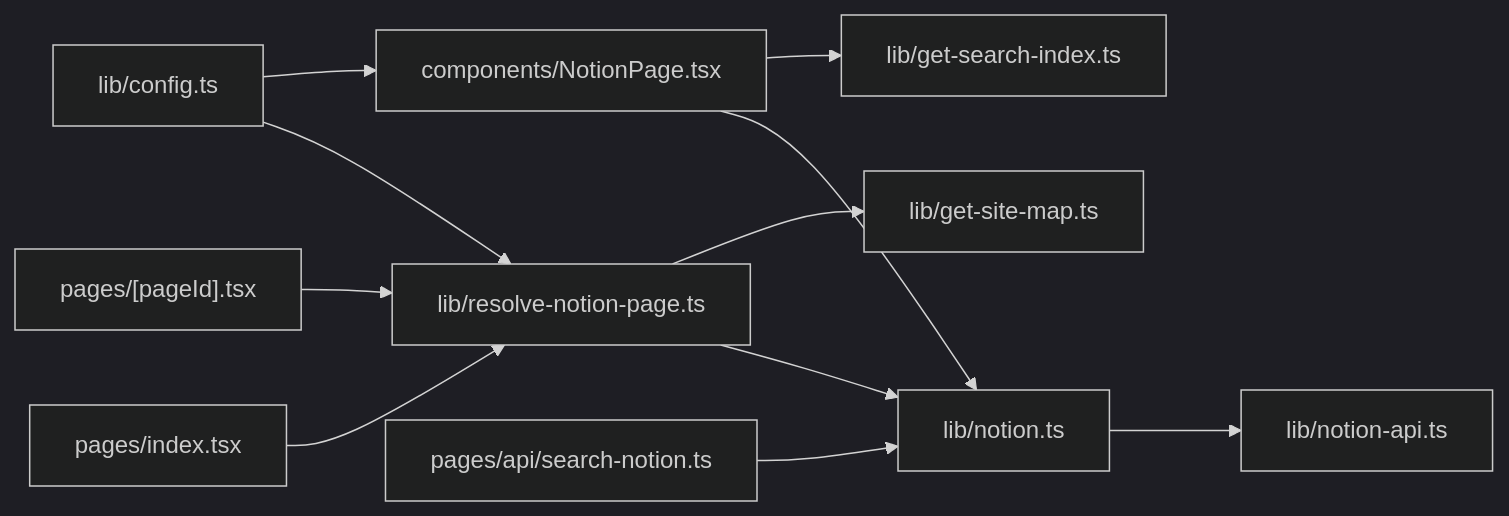
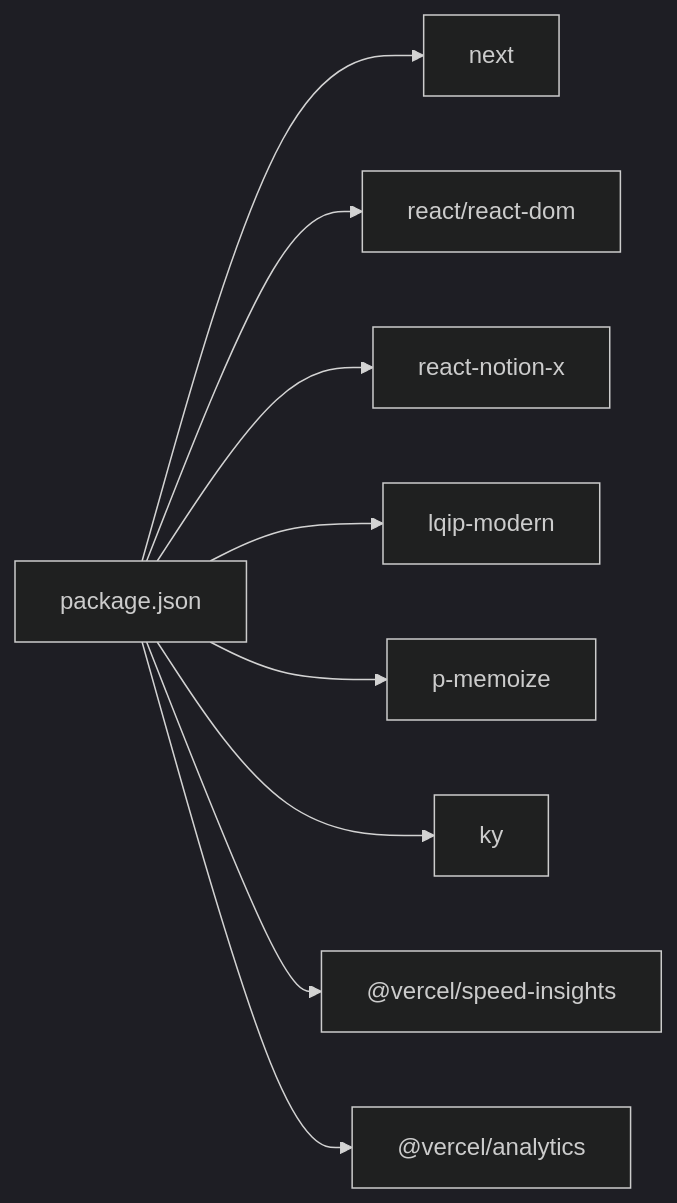
One commit to PhysicalMouse/nextjs-notion-starter-kit changed the ninth of 9 diagrams in .qoder/repowiki/zh/content/性能优化/性能优化.md. Above: the diagram before and after it, drawn with Mermaid (dark theme). The commit also changed other lines of this file and 186 other files, not shown here.

````diff
--- a/.qoder/repowiki/zh/content/性能优化/性能优化.md
+++ b/.qoder/repowiki/zh/content/性能优化/性能优化.md
@@ -322,13 +300,11 @@
 ```mermaid
 graph LR
-Index["pages/index.tsx"] --> Resolve["lib/resolve-notion-page.ts"]
-PageId["pages/[pageId].tsx"] --> Resolve
-Resolve --> Notion["lib/notion.ts"]
-Resolve --> SiteMap["lib/get-site-map.ts"]
-Notion --> NotionAPI["lib/notion-api.ts"]
-NotionPage["components/NotionPage.tsx"] --> Notion
-NotionPage --> SearchIndex["lib/get-search-index.ts"]
-SearchAPI["pages/api/search-notion.ts"] --> Notion
-Config["lib/config.ts"] --> Resolve
-Config --> NotionPage
+Pkg["package.json"] --> Next["next"]
+Pkg --> React["react/react-dom"]
+Pkg --> RNX["react-notion-x"]
+Pkg --> LQIP["lqip-modern"]
+Pkg --> Memo["p-memoize"]
+Pkg --> KY["ky"]
+Pkg --> Speed["@vercel/speed-insights"]
+Pkg --> Analyze["@vercel/analytics"]
 ```
````
